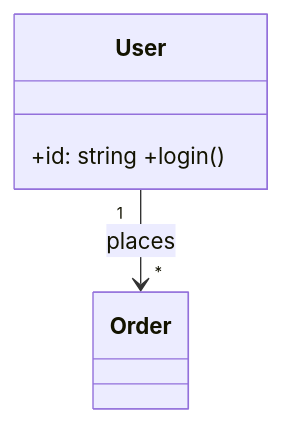
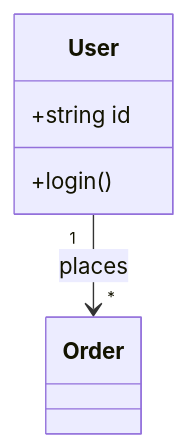
The fourth of 9 diagrams in skills/mermaid-diagrams/SKILL.md (Vitammiin/agent-vorcl-flow), drawn with Mermaid before and after one commit. The commit also changed other lines of this file and 31 other files, not shown here.

First line of the commit message:
feat(mermaid): add render-verified reference library and operational render rules

````diff
--- a/skills/mermaid-diagrams/SKILL.md
+++ b/skills/mermaid-diagrams/SKILL.md
@@ -74,5 +76,8 @@
 ```mermaid
 classDiagram
-    class User { +id: string +login() }
+    class User {
+        +string id
+        +login()
+    }
     User "1" --> "*" Order : places
 ```
````
